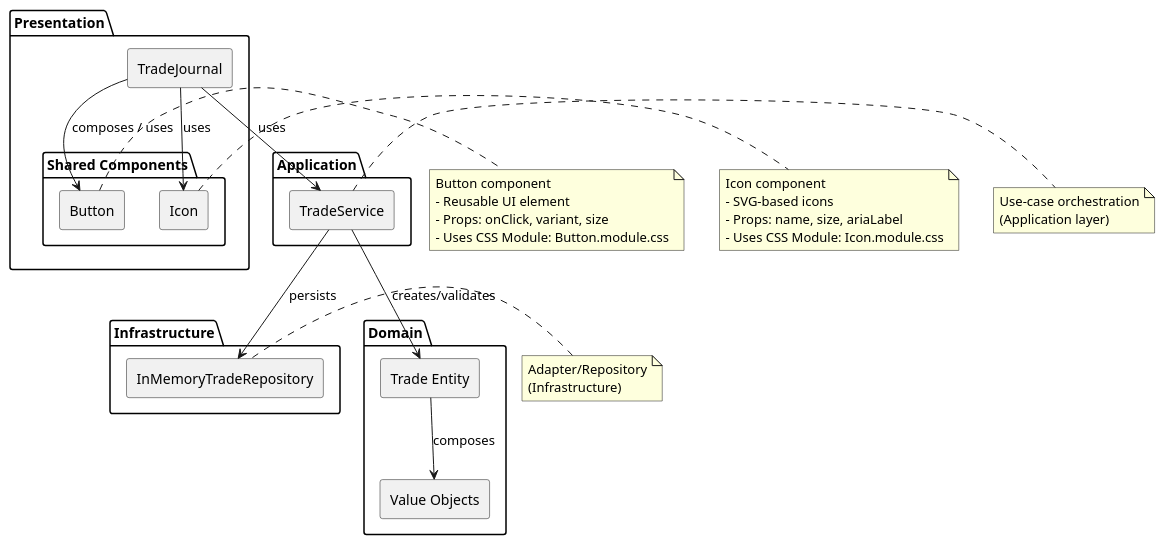
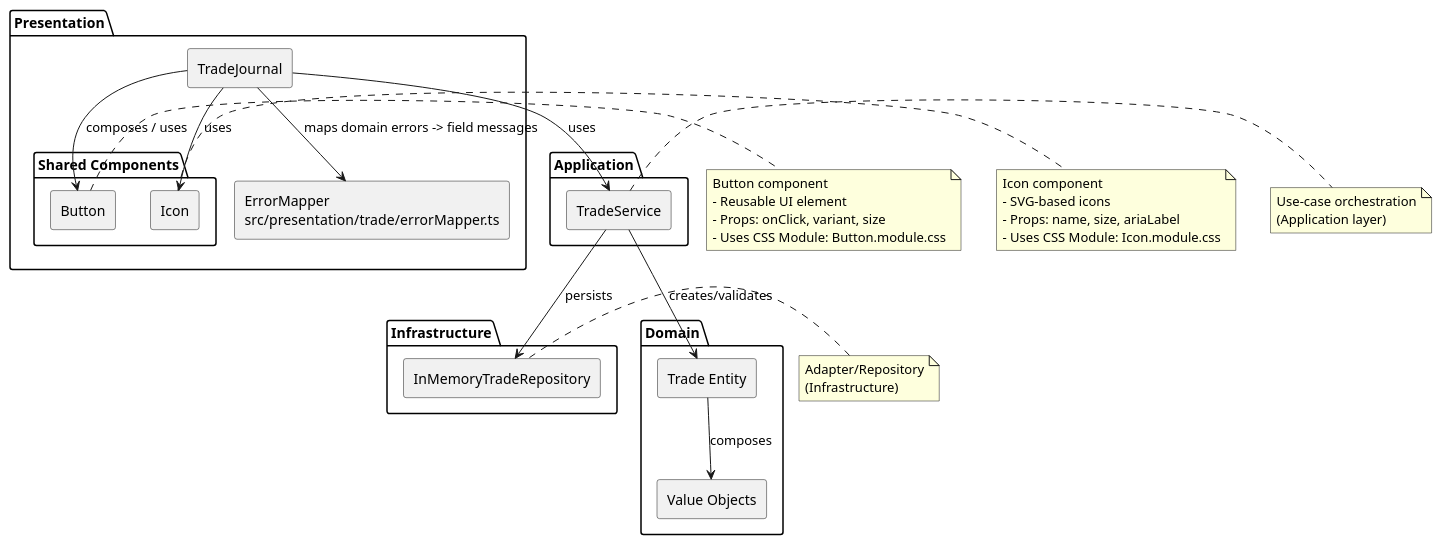
One commit to monkey-trader/traders-mirror changed the diagram in docs/diagrams/custom_components.puml. Above: the diagram before and after it, drawn with PlantUML. The commit also changed 9 other files, not shown here.

Commit message:
feat(presentation): extract validation + error-mapper, add i18n and tests; docs: update diagrams

```diff
--- a/docs/diagrams/custom_components.puml
+++ b/docs/diagrams/custom_components.puml
@@ -1,61 +1,63 @@
 @startuml
 ' Custom components diagram for Traders Mirror
 skinparam componentStyle rectangle
 
 package "Presentation" {
   [TradeJournal] as TJ
+  [ErrorMapper\nsrc/presentation/trade/errorMapper.ts] as ErrorMapper
 
   package "Shared Components" {
     [Button] as Btn
     [Icon] as Ic
   }
 }
 
 package "Application" {
   [TradeService] as TS
 }
 
 package "Domain" {
   [Trade Entity] as TradeEntity
   [Value Objects] as VOs
 }
 
 package "Infrastructure" {
   [InMemoryTradeRepository] as Repo
 }
 
 ' Dependencies
 TJ --> TS : uses
 TJ --> Btn : composes / uses
 TJ --> Ic : uses
+TJ --> ErrorMapper : maps domain errors -> field messages
 TS --> Repo : persists
 TS --> TradeEntity : creates/validates
 TradeEntity --> VOs : composes
 
 ' Component descriptions (notes)
 note right of Btn
   Button component
   - Reusable UI element
   - Props: onClick, variant, size
   - Uses CSS Module: Button.module.css
 end note
 
 note right of Ic
   Icon component
   - SVG-based icons
   - Props: name, size, ariaLabel
   - Uses CSS Module: Icon.module.css
 end note
 
 ' Add a small notes box for architecture
 note right of TS
   Use-case orchestration
   (Application layer)
 end note
 
 note left of Repo
   Adapter/Repository
   (Infrastructure)
 end note
 
 @enduml
```
